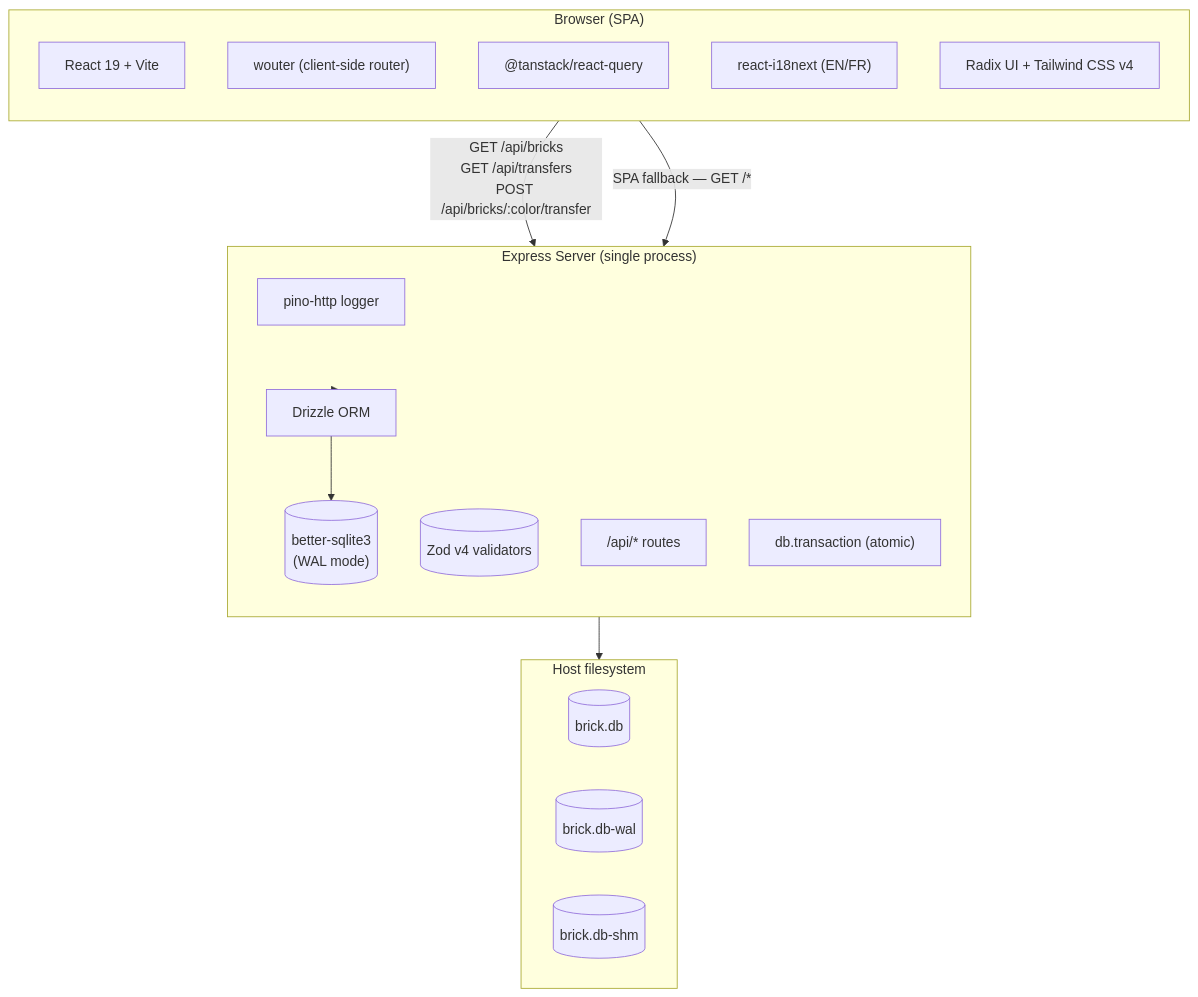
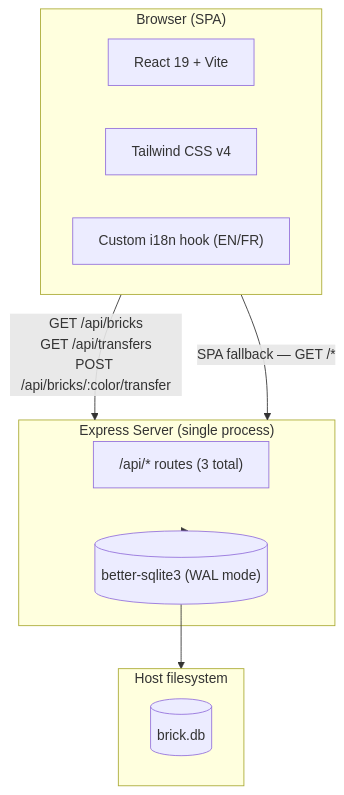
The first of 5 diagrams in README.md (nyancol/Brick-Master-Tracker), drawn with Mermaid before and after one commit. The commit also changed other lines of this file and 75 other files, not shown here.

````diff
--- a/README.md
+++ b/README.md
@@ -11,31 +13,21 @@
 ```mermaid
 flowchart TB
     subgraph Client["Browser (SPA)"]
-        direction TB
         react["React 19 + Vite"]
-        wouter["wouter (client-side router)"]
-        query["@tanstack/react-query"]
-        i18n["react-i18next (EN/FR)"]
-        ui["Radix UI + Tailwind CSS v4"]
+        tailwind["Tailwind CSS v4"]
+        i18n["Custom i18n hook (EN/FR)"]
     end
 
     subgraph Server["Express Server (single process)"]
-        direction TB
-        pino["pino-http logger"]
-        validator[("Zod v4 validators")]
-        routes["/api/* routes"]
-        tx["db.transaction (atomic)"]
-        drizzle["Drizzle ORM"]
-        sqlite[("better-sqlite3\n(WAL mode)")]
+        routes["/api/* routes (3 total)"]
+        sqlite[("better-sqlite3 (WAL mode)")]
     end
 
     subgraph FileSystem["Host filesystem"]
         dbFile[("brick.db")]
-        wal[("brick.db-wal")]
-        shm[("brick.db-shm")]
     end
 
     Client -->|"GET /api/bricks\nGET /api/transfers\nPOST /api/bricks/:color/transfer"| Server
     Client -->|"SPA fallback — GET /*"| Server
-    Server --> drizzle --> sqlite --> FileSystem
+    Server --> sqlite --> FileSystem
 ```
````
